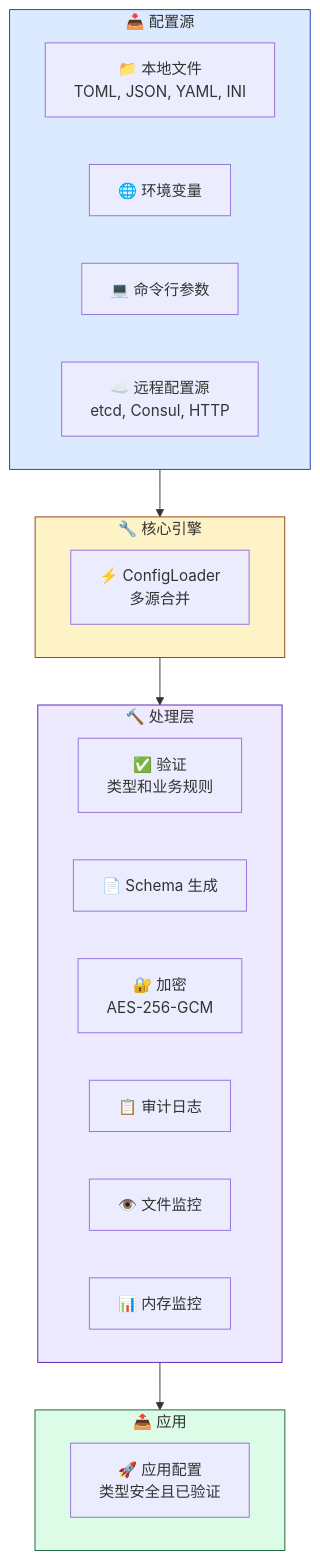
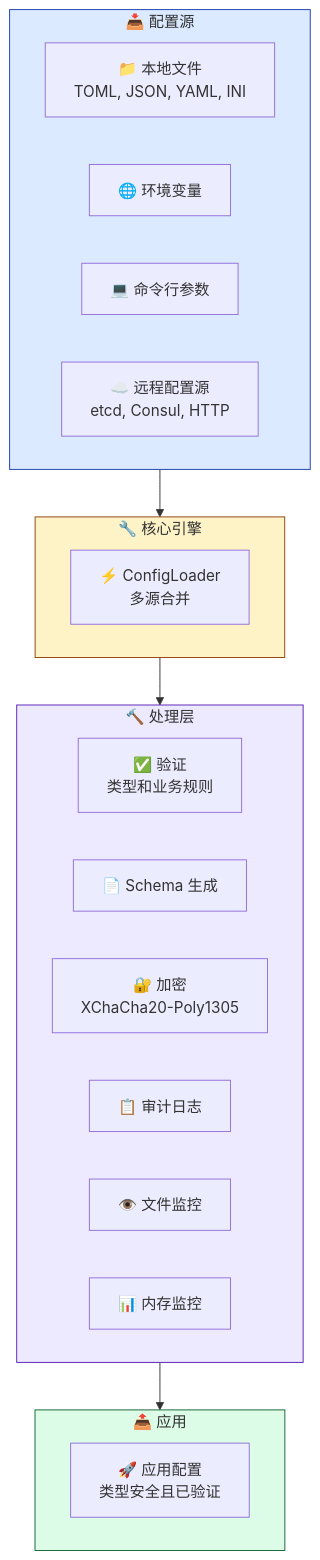
The second of 3 diagrams in README_zh.md (Kirky-X/confers), drawn with Mermaid before and after one commit. The commit also changed other lines of this file and 1 other file, not shown here.

````diff
--- a/README_zh.md
+++ b/README_zh.md
@@ -572,35 +574,35 @@
 ```mermaid
 graph TB
     subgraph Sources ["📥 配置源"]
         A[📁 本地文件<br/>TOML, JSON, YAML, INI]
         B[🌐 环境变量]
         C[💻 命令行参数]
         D[☁️ 远程配置源<br/>etcd, Consul, HTTP]
     end
 
     subgraph Core ["🔧 核心引擎"]
         E[⚡ ConfigLoader<br/>多源合并]
     end
 
     subgraph Processing ["🔨 处理层"]
         F[✅ 验证<br/>类型和业务规则]
         G[📄 Schema 生成]
-        H[🔐 加密<br/>AES-256-GCM]
+        H[🔐 加密<br/>XChaCha20-Poly1305]
         I[📋 审计日志]
         J[👁️ 文件监控]
         K[📊 内存监控]
     end
 
     subgraph Output ["📤 应用"]
         L[🚀 应用配置<br/>类型安全且已验证]
     end
 
     Sources --> Core
     Core --> Processing
     Processing --> Output
 
     style Sources fill:#DBEAFE,stroke:#1E40AF
     style Core fill:#FEF3C7,stroke:#92400E
     style Processing fill:#EDE9FE,stroke:#5B21B6
     style Output fill:#DCFCE7,stroke:#166534
 ```
````
